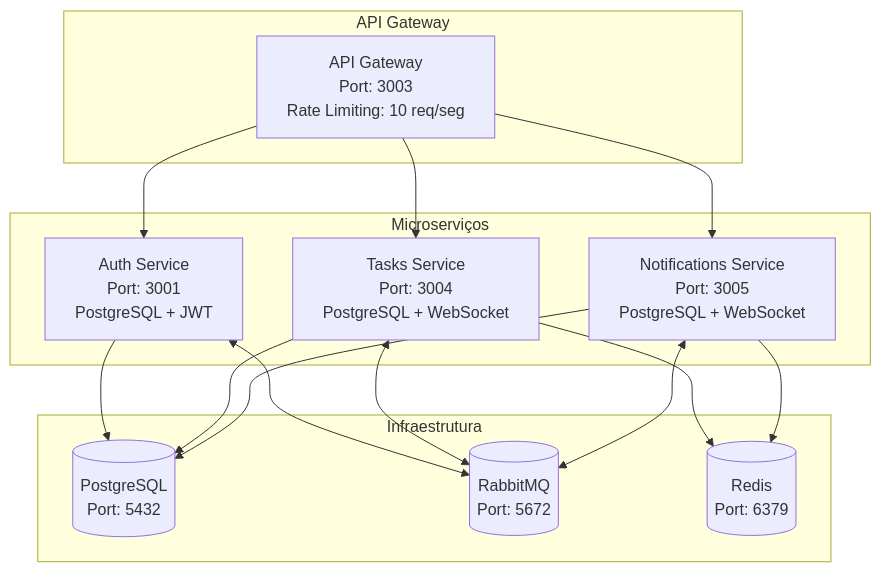
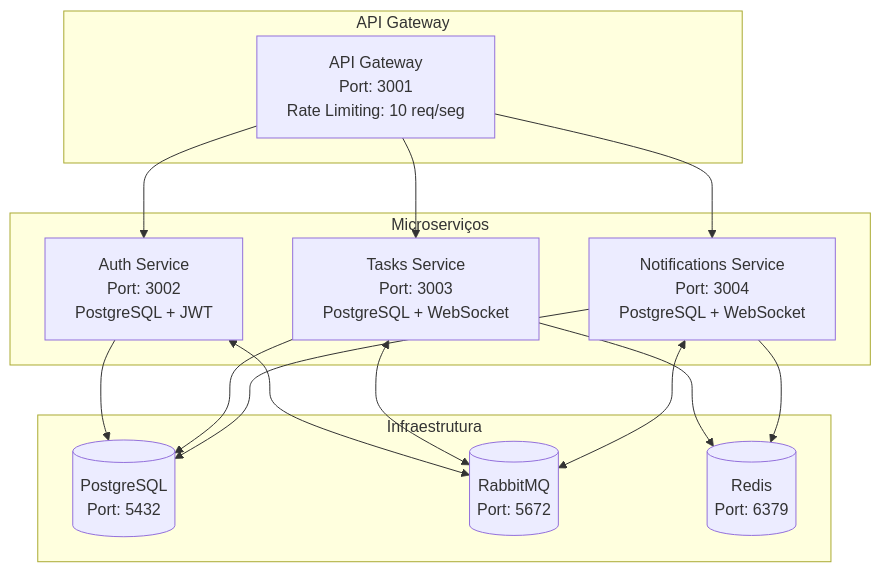
The diagram in Task-Manager/README.md (vinicius1504/DesafioGloboo), drawn with Mermaid before and after one commit. The commit also changed other lines of this file and 26 other files, not shown here.

````diff
--- a/Task-Manager/README.md
+++ b/Task-Manager/README.md
@@ -30,33 +30,33 @@
 ```mermaid
 graph TB
     subgraph "API Gateway"
-        GW[API Gateway<br/>Port: 3003<br/>Rate Limiting: 10 req/seg]
+        GW[API Gateway<br/>Port: 3001<br/>Rate Limiting: 10 req/seg]
     end
 
     subgraph "Microserviços"
-        AUTH[Auth Service<br/>Port: 3001<br/>PostgreSQL + JWT]
-        TASKS[Tasks Service<br/>Port: 3004<br/>PostgreSQL + WebSocket]
-        NOTIF[Notifications Service<br/>Port: 3005<br/>PostgreSQL + WebSocket]
+        AUTH[Auth Service<br/>Port: 3002<br/>PostgreSQL + JWT]
+        TASKS[Tasks Service<br/>Port: 3003<br/>PostgreSQL + WebSocket]
+        NOTIF[Notifications Service<br/>Port: 3004<br/>PostgreSQL + WebSocket]
     end
 
     subgraph "Infraestrutura"
         DB[(PostgreSQL<br/>Port: 5432)]
         MQ[(RabbitMQ<br/>Port: 5672)]
         REDIS[(Redis<br/>Port: 6379)]
     end
 
     GW --> AUTH
     GW --> TASKS
     GW --> NOTIF
 
     AUTH --> DB
     TASKS --> DB
     NOTIF --> DB
 
     AUTH <--> MQ
     TASKS <--> MQ
     NOTIF <--> MQ
 
     TASKS --> REDIS
     NOTIF --> REDIS
 ```
````
